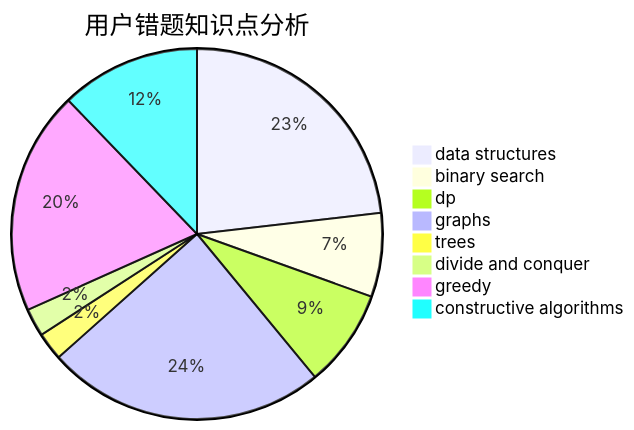
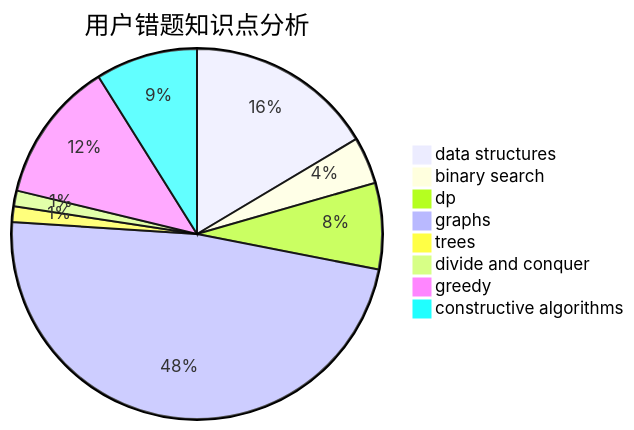
The third of 3 diagrams in docs/user/u1511.md (sherpahu/cfrs.github.io), drawn with Mermaid before and after one commit. The commit also changed other lines of this file and 2770 other files, not shown here.

````diff
--- a/docs/user/u1511.md
+++ b/docs/user/u1511.md
@@ -36,11 +36,11 @@
 ```mermaid
 pie title 用户错题知识点分析
-    "data structures" :  19
+    "data structures" :  24
     "binary search" :  6
-    "dp" :  7
-    "graphs" :  20
+    "dp" :  11
+    "graphs" :  70
     "trees" :  2
     "divide and conquer" :  2
-    "greedy" :  16
-    "constructive algorithms" :  10
+    "greedy" :  18
+    "constructive algorithms" :  13
 ```
````
